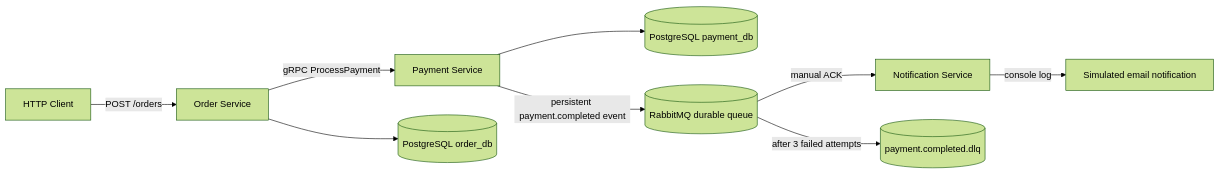
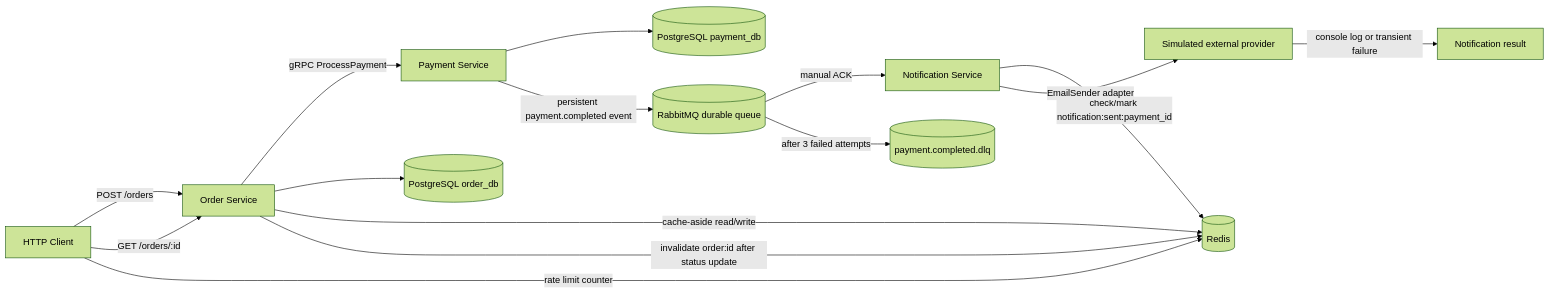
The diagram in docs/architecture.md (maqsatto/ap2-assignment-1), drawn with Mermaid (forest theme) before and after one commit. The commit also changed other lines of this file and 21 other files, not shown here.

````diff
--- a/docs/architecture.md
+++ b/docs/architecture.md
@@ -3,11 +3,17 @@
 ```mermaid
 flowchart LR
     Client[HTTP Client] -->|POST /orders| Order[Order Service]
+    Client -->|GET /orders/:id| Order
+    Client -->|rate limit counter| Redis[(Redis)]
     Order -->|gRPC ProcessPayment| Payment[Payment Service]
     Order --> OrderDB[(PostgreSQL order_db)]
+    Order -->|cache-aside read/write| Redis
+    Order -->|invalidate order:id after status update| Redis
     Payment --> PaymentDB[(PostgreSQL payment_db)]
     Payment -->|persistent payment.completed event| Broker[(RabbitMQ durable queue)]
     Broker -->|manual ACK| Notification[Notification Service]
     Broker -->|after 3 failed attempts| DLQ[(payment.completed.dlq)]
-    Notification -->|console log| EmailLog[Simulated email notification]
+    Notification -->|check/mark notification:sent:payment_id| Redis
+    Notification -->|EmailSender adapter| Provider[Simulated external provider]
+    Provider -->|console log or transient failure| EmailLog[Notification result]
 ```
````
